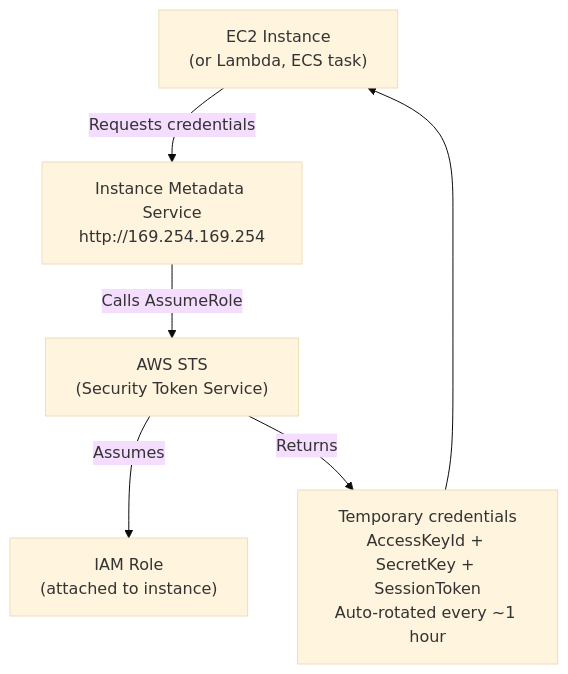
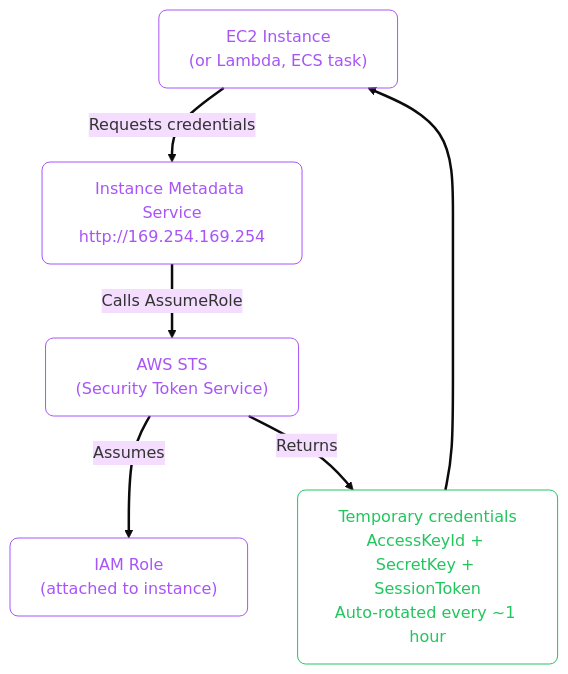
Before and after one commit to zafarale/cloudification: the third of 8 diagrams in src/content/cloud/aws/03-securing-your-system.mdx, drawn with Mermaid (base theme). The commit also changed other lines of this file and 84 other files, not shown here.

````diff
--- a/src/content/cloud/aws/03-securing-your-system.mdx
+++ b/src/content/cloud/aws/03-securing-your-system.mdx
@@ -101,14 +115,20 @@
 ```mermaid
 flowchart TD
-    EC2["EC2 Instance\n(or Lambda, ECS task)"]
-    META["Instance Metadata Service\nhttp://169.254.169.254"]
-    STS["AWS STS\n(Security Token Service)"]
-    ROLE["IAM Role\n(attached to instance)"]
-    CREDS["Temporary credentials\nAccessKeyId + SecretKey + SessionToken\nAuto-rotated every ~1 hour"]
+    accTitle: IAM Roles: No Credentials on Instances
+    accDescr: Flowchart (td) showing or Lambda, ECS task, Instance Metadata Service http://169.254.169.254, Security Token Service
+    classDef step fill:none,stroke:#a855f7,color:#a855f7,rx:8,ry:8
+    classDef ok   fill:none,stroke:#22c55e,color:#22c55e,rx:8,ry:8
+    linkStyle default stroke-width:2.5px
+
+    EC2["EC2 Instance<br/>(or Lambda, ECS task)"]:::step
+    META["Instance Metadata Service<br/>http://169.254.169.254"]:::step
+    STS["AWS STS<br/>(Security Token Service)"]:::step
+    ROLE["IAM Role<br/>(attached to instance)"]:::step
+    CREDS["Temporary credentials<br/>AccessKeyId + SecretKey + SessionToken<br/>Auto-rotated every ~1 hour"]:::ok
 
     EC2 -- "Requests credentials" --> META
     META -- "Calls AssumeRole" --> STS
     STS -- "Assumes" --> ROLE
     STS -- "Returns" --> CREDS
     CREDS --> EC2
 ```
````
